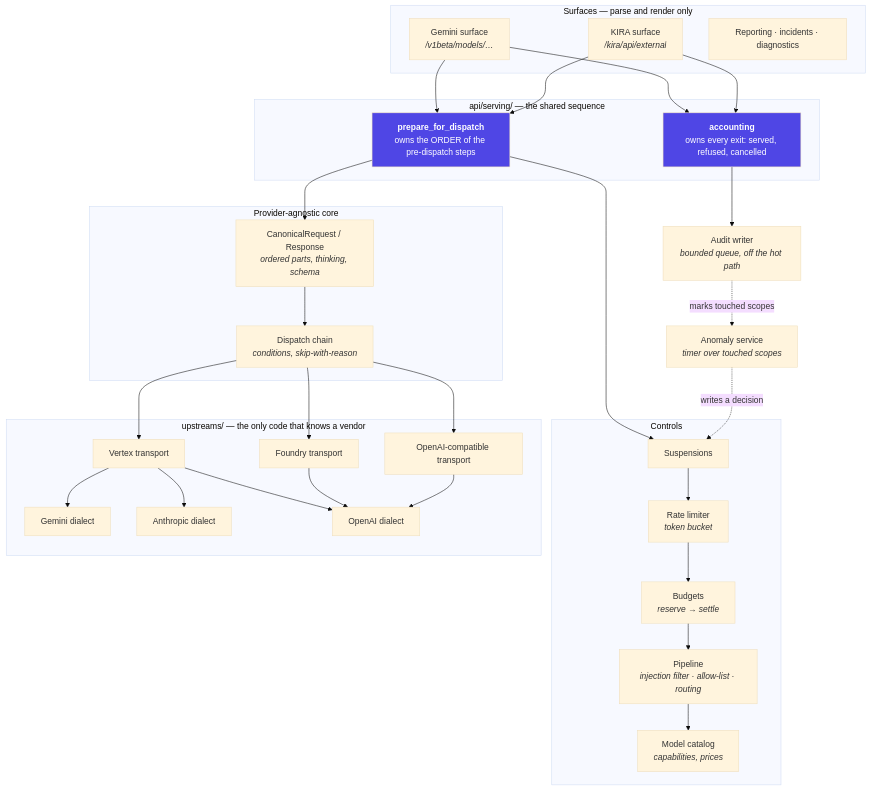
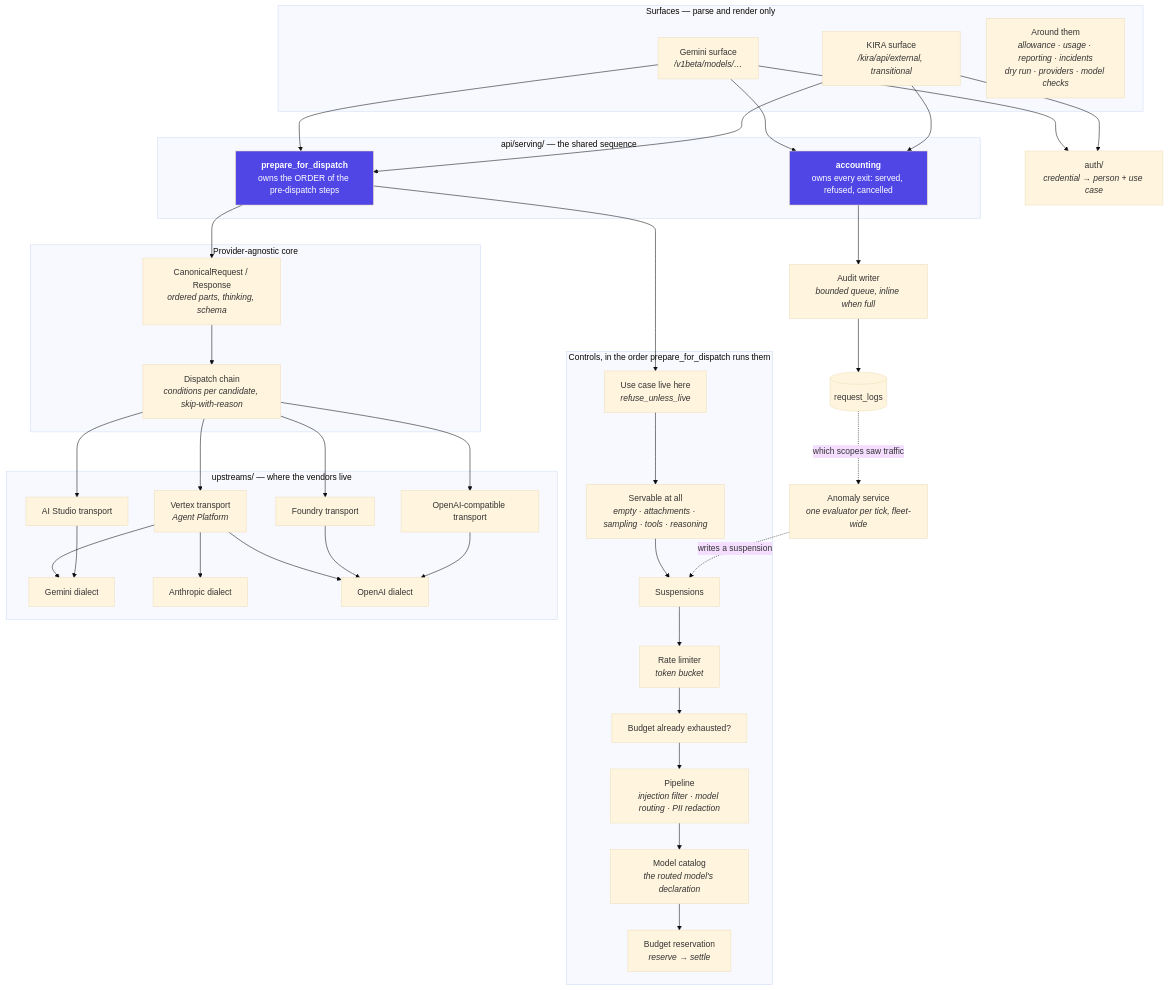
The sixth of 13 diagrams in docs/ARCHITECTURE.md (InigoImago/AIRA-Gateway), drawn with Mermaid (base theme) before and after one commit. The commit also changed other lines of this file and 179 other files, not shown here.

````diff
--- a/docs/ARCHITECTURE.md
+++ b/docs/ARCHITECTURE.md
@@ -540,56 +640,67 @@
 ```mermaid
 graph TB
     subgraph surfaces["Surfaces — parse and render only"]
         gemini["Gemini surface<br/><i>/v1beta/models/…</i>"]
-        kira["KIRA surface<br/><i>/kira/api/external</i>"]
-        ops["Reporting · incidents · diagnostics"]
+        kira["KIRA surface<br/><i>/kira/api/external, transitional</i>"]
+        ops["Around them<br/><i>allowance · usage · reporting · incidents<br/>dry run · providers · model checks</i>"]
     end
+
+    authn["auth/<br/><i>credential → person + use case</i>"]
 
     subgraph shared["api/serving/ — the shared sequence"]
         prep["<b>prepare_for_dispatch</b><br/>owns the ORDER of the pre-dispatch steps"]
         acct["<b>accounting</b><br/>owns every exit: served, refused, cancelled"]
     end
 
-    subgraph controls["Controls"]
+    subgraph controls["Controls, in the order prepare_for_dispatch runs them"]
+        live["Use case live here<br/><i>refuse_unless_live</i>"]
+        shape["Servable at all<br/><i>empty · attachments · sampling · tools · reasoning</i>"]
         susp["Suspensions"]
         rl["Rate limiter<br/><i>token bucket</i>"]
-        budget["Budgets<br/><i>reserve → settle</i>"]
-        pipe["Pipeline<br/><i>injection filter · allow-list · routing</i>"]
-        cat["Model catalog<br/><i>capabilities, prices</i>"]
+        spent["Budget already exhausted?"]
+        pipe["Pipeline<br/><i>injection filter · model routing · PII redaction</i>"]
+        cat["Model catalog<br/><i>the routed model's declaration</i>"]
+        reserve["Budget reservation<br/><i>reserve → settle</i>"]
     end
 
     subgraph core["Provider-agnostic core"]
         canon["CanonicalRequest / Response<br/><i>ordered parts, thinking, schema</i>"]
-        chain["Dispatch chain<br/><i>conditions, skip-with-reason</i>"]
+        chain["Dispatch chain<br/><i>conditions per candidate, skip-with-reason</i>"]
     end
 
-    subgraph up["upstreams/ — the only code that knows a vendor"]
-        vt["Vertex transport"]
+    subgraph up["upstreams/ — where the vendors live"]
+        vt["Vertex transport<br/><i>Agent Platform</i>"]
+        st["AI Studio transport"]
         ft["Foundry transport"]
         ot["OpenAI-compatible transport"]
         gd["Gemini dialect"]
         ad["Anthropic dialect"]
         od["OpenAI dialect"]
     end
 
-    audit["Audit writer<br/><i>bounded queue, off the hot path</i>"]
-    anom["Anomaly service<br/><i>timer over touched scopes</i>"]
+    audit["Audit writer<br/><i>bounded queue, inline when full</i>"]
+    logs[("request_logs")]
+    anom["Anomaly service<br/><i>one evaluator per tick, fleet-wide</i>"]
 
+    gemini --> authn
+    kira --> authn
     gemini --> prep
     kira --> prep
-    prep --> susp --> rl --> budget --> pipe --> cat
+    prep --> live --> shape --> susp --> rl --> spent --> pipe --> cat --> reserve
     prep --> canon
     canon --> chain
-    chain --> vt & ft & ot
+    chain --> vt & st & ft & ot
     vt --> gd & ad & od
+    st --> gd
     ft --> od
     ot --> od
     gemini --> acct
     kira --> acct
     acct --> audit
-    audit -.->|"marks touched scopes"| anom
-    anom -.->|"writes a decision"| susp
+    audit --> logs
+    logs -.->|"which scopes saw traffic"| anom
+    anom -.->|"writes a suspension"| susp
 
     style prep fill:#4f46e5,color:#fff
     style acct fill:#4f46e5,color:#fff
 ```
````
